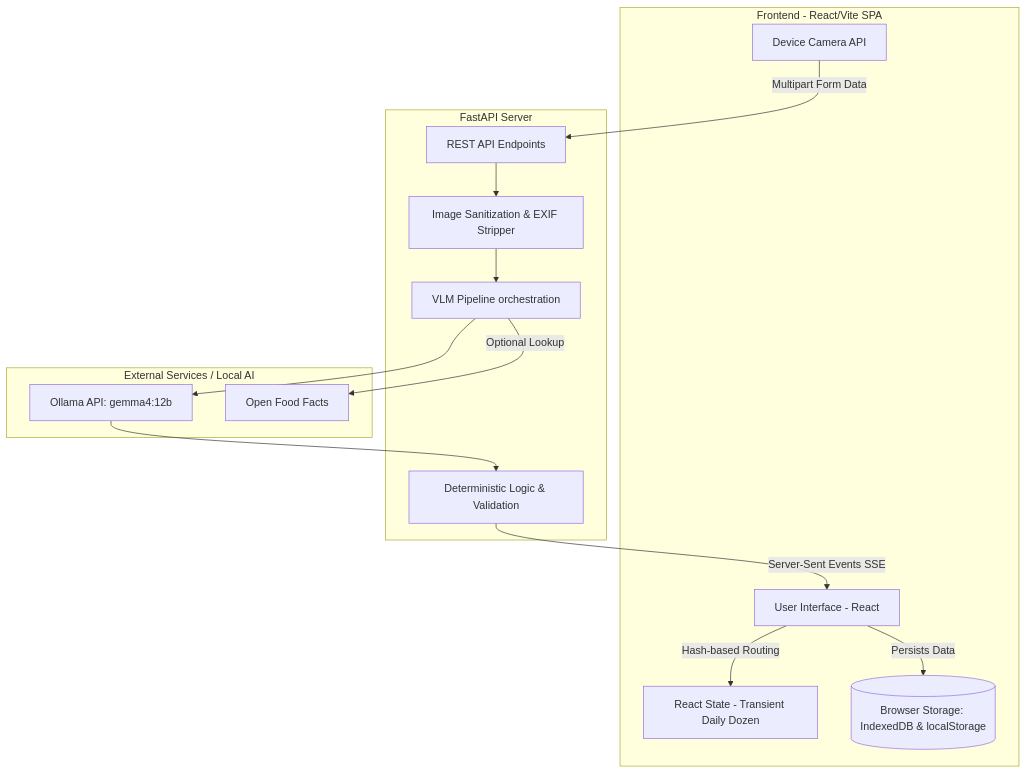
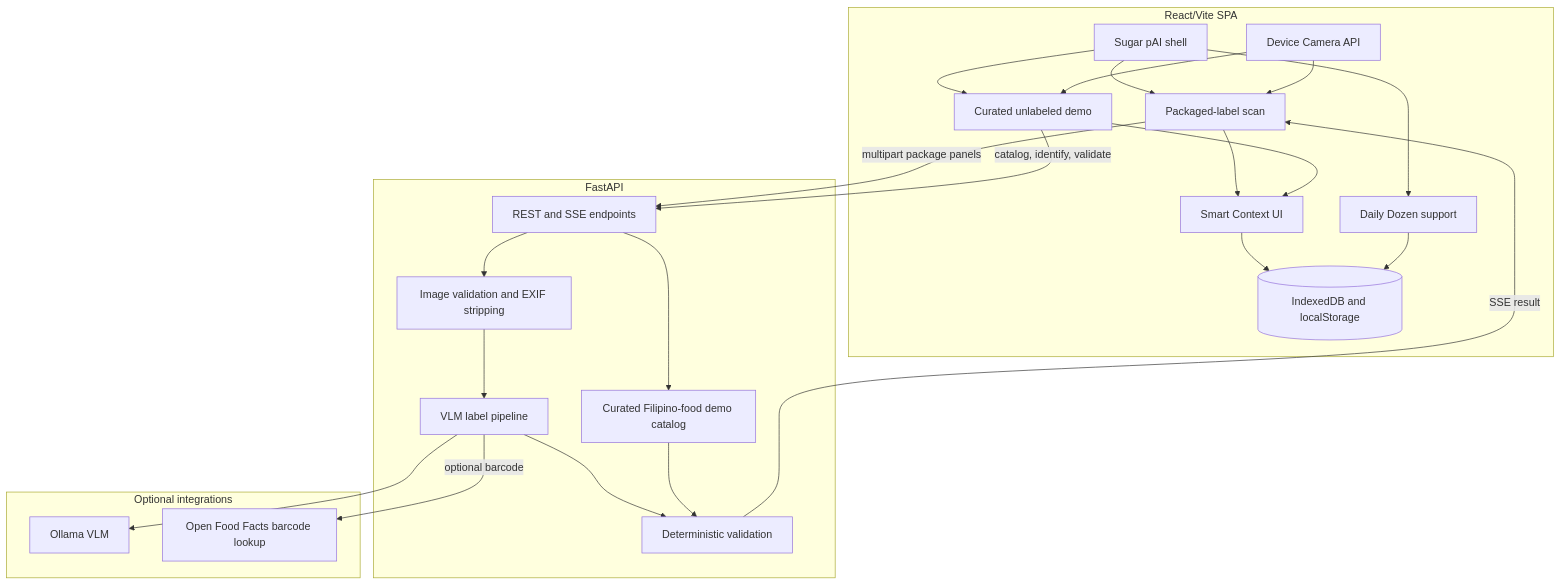
The first of 2 diagrams in .md/ARCHITECTURE.md (aaaaandreiii/NutritionTracker), drawn with Mermaid before and after one commit. The commit also changed other lines of this file and 37 other files, not shown here.

First line of the commit message:
feat: add curated unlabeled food demo functionality

````diff
--- a/.md/ARCHITECTURE.md
+++ b/.md/ARCHITECTURE.md
@@ -7,31 +7,45 @@
 ```mermaid
 graph TD
-    subgraph Client [Frontend - React/Vite SPA]
-        UI[User Interface - React]
-        State[React State - Transient Daily Dozen]
-        Storage[(Browser Storage: IndexedDB & localStorage)]
+    subgraph Client [React/Vite SPA]
+        Shell[Sugar pAI shell]
+        Packaged[Packaged-label scan]
+        Unlabeled[Curated unlabeled demo]
+        Smart[Smart Context UI]
+        Daily[Daily Dozen support]
+        Storage[(IndexedDB and localStorage)]
         Camera[Device Camera API]
     end
 
-    subgraph Backend [FastAPI Server]
-        API[REST API Endpoints]
-        Sanitizer[Image Sanitization & EXIF Stripper]
-        VLM_Pipeline[VLM Pipeline orchestration]
-        Validator[Deterministic Logic & Validation]
+    subgraph Backend [FastAPI]
+        API[REST and SSE endpoints]
+        Sanitizer[Image validation and EXIF stripping]
+        Pipeline[VLM label pipeline]
+        Validator[Deterministic validation]
+        Catalog[Curated Filipino-food demo catalog]
     end
 
-    subgraph External [External Services / Local AI]
-        Ollama[Ollama API: gemma4:12b]
-        OFF[Open Food Facts]
+    subgraph External [Optional integrations]
+        Ollama[Ollama VLM]
+        OFF[Open Food Facts barcode lookup]
     end
 
-    UI -->|Hash-based Routing| State
-    UI -->|Persists Data| Storage
-    Camera -->|Multipart Form Data| API
+    Shell --> Packaged
+    Shell --> Unlabeled
+    Shell --> Daily
+    Camera --> Packaged
+    Camera --> Unlabeled
+    Packaged -->|multipart package panels| API
     API --> Sanitizer
-    Sanitizer --> VLM_Pipeline
-    VLM_Pipeline -->|Optional Lookup| OFF
-    VLM_Pipeline --> Ollama
-    Ollama --> Validator
-    Validator -->|Server-Sent Events SSE| UI
+    Sanitizer --> Pipeline
+    Pipeline --> Ollama
+    Pipeline -->|optional barcode| OFF
+    Pipeline --> Validator
+    Validator -->|SSE result| Packaged
+    Unlabeled -->|catalog, identify, validate| API
+    API --> Catalog
+    Catalog --> Validator
+    Packaged --> Smart
+    Unlabeled --> Smart
+    Smart --> Storage
+    Daily --> Storage
 ```
````
